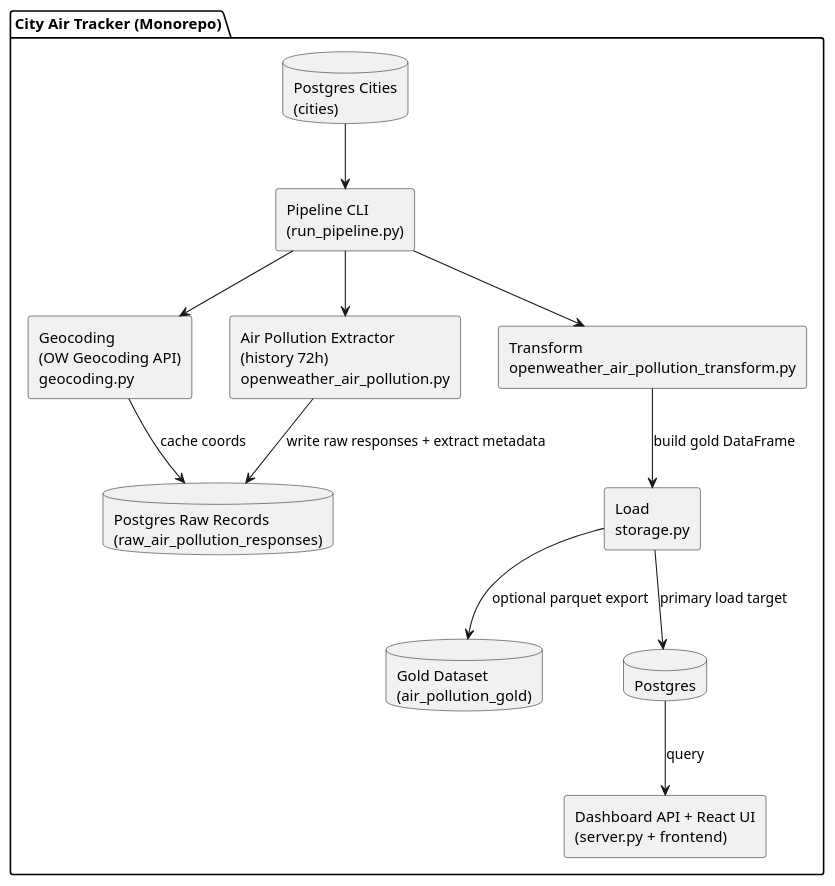
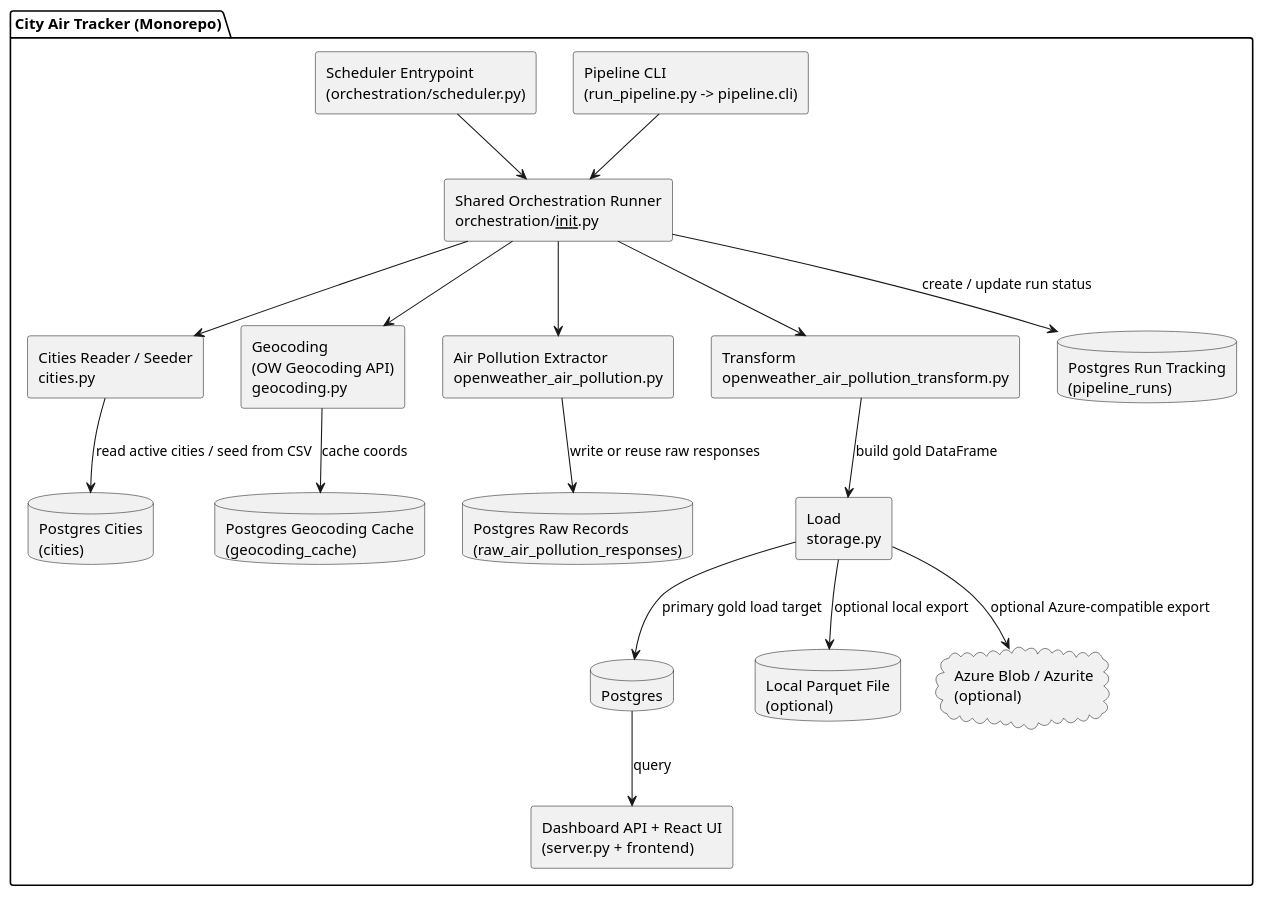
The first of 2 diagrams in docs/architecture/architecture.md (Code-the-Dream-School/practicum-city-air-tracker), drawn with PlantUML before and after one commit. The commit also changed other lines of this file and 14 other files, not shown here.

Commit message:
AIR-108 Update runtime architecture docs

````diff
--- a/docs/architecture/architecture.md
+++ b/docs/architecture/architecture.md
@@ -5,30 +5,41 @@
 ```plantuml
 @startuml
 skinparam componentStyle rectangle
 
 package "City Air Tracker (Monorepo)" {
-  [Pipeline CLI\n(run_pipeline.py)] as cli
+  [Pipeline CLI\n(run_pipeline.py -> pipeline.cli)] as cli
+  [Scheduler Entrypoint\n(orchestration/scheduler.py)] as sched
+  component "Shared Orchestration Runner\norchestration/__init__.py" as orch
+  component "Cities Reader / Seeder\ncities.py" as citiesmod
   component "Geocoding\n(OW Geocoding API)\ngeocoding.py" as geo
-  component "Air Pollution Extractor\n(history 72h)\nopenweather_air_pollution.py" as ex
+  component "Air Pollution Extractor\nopenweather_air_pollution.py" as ex
   component "Transform\nopenweather_air_pollution_transform.py" as tr
   component "Load\nstorage.py" as ld
+  database "Postgres Cities\n(cities)" as cities
+  database "Postgres Geocoding Cache\n(geocoding_cache)" as geocache
   database "Postgres Raw Records\n(raw_air_pollution_responses)" as raw
-  database "Gold Dataset\n(air_pollution_gold)" as gold
+  database "Postgres Run Tracking\n(pipeline_runs)" as runs
   database "Postgres" as pg
+  database "Local Parquet File\n(optional)" as parquet
+  cloud "Azure Blob / Azurite\n(optional)" as blob
   component "Dashboard API + React UI\n(server.py + frontend)" as dash
-  database "Postgres Cities\n(cities)" as cities
 }
 
-cities --> cli
-cli --> geo
-geo --> raw : cache coords
-cli --> ex
-ex --> raw : write raw responses + extract metadata
-cli --> tr
+cli --> orch
+sched --> orch
+orch --> citiesmod
+citiesmod --> cities : read active cities / seed from CSV
+orch --> geo
+geo --> geocache : cache coords
+orch --> ex
+ex --> raw : write or reuse raw responses
+orch --> tr
 tr --> ld : build gold DataFrame
-ld --> gold : optional parquet export
-ld --> pg : primary load target
+orch --> runs : create / update run status
+ld --> pg : primary gold load target
+ld --> parquet : optional local export
+ld --> blob : optional Azure-compatible export
 pg --> dash : query
 
 @enduml
 ```
````
